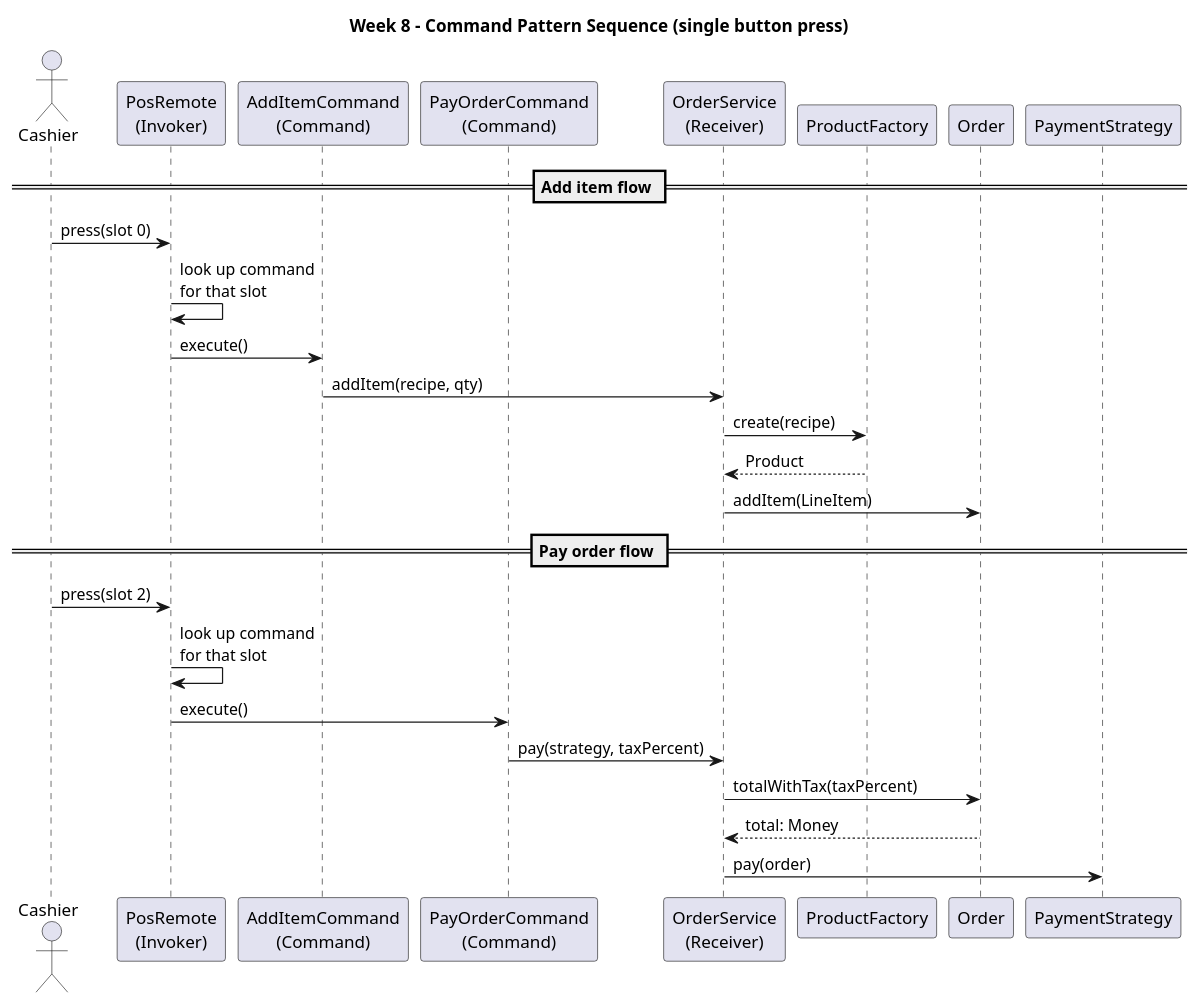
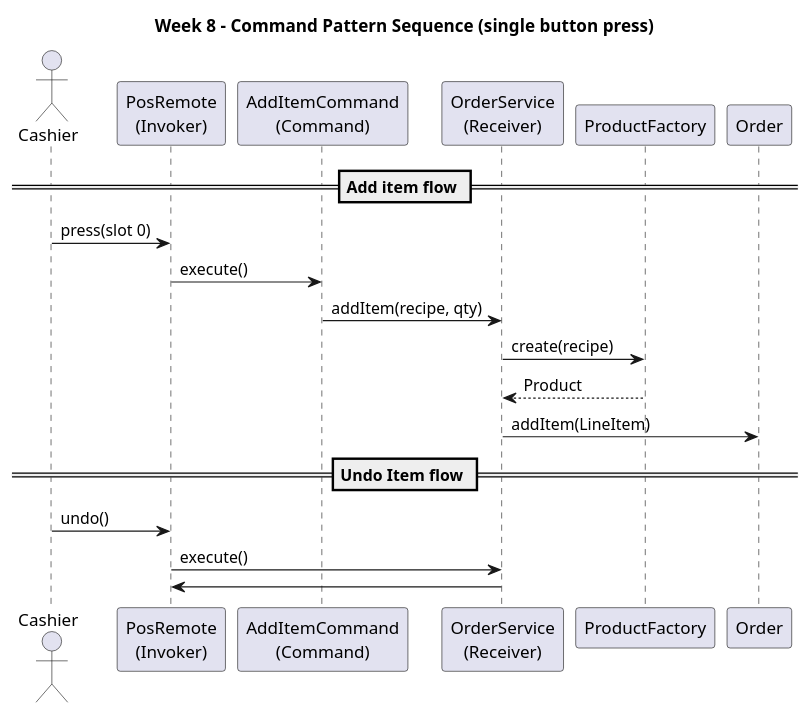
Before and after one commit to Kubbss/CS4928: the diagram in cafe-pos-week2/src/docs/SequenceWeek8.puml, drawn with PlantUML.

Commit message:
Update sequence diagram

```diff
--- a/cafe-pos-week2/src/docs/SequenceWeek8.puml
+++ b/cafe-pos-week2/src/docs/SequenceWeek8.puml
@@ -1,40 +1,33 @@
 @startuml
 title Week 8 – Command Pattern Sequence (single button press)
 
 /' Actor and invoker '/
 actor Cashier
 participant "PosRemote\n(Invoker)" as PosRemote
 
 /' Concrete commands '/
 participant "AddItemCommand\n(Command)" as AddItemCmd
-participant "PayOrderCommand\n(Command)" as PayOrderCmd
 
 /' Receiver and domain collaborators '/
 participant "OrderService\n(Receiver)" as Service
 participant "ProductFactory" as Factory
 participant "Order" as OrderDom
-participant "PaymentStrategy" as PaymentStrategy
 
 == Add item flow ==
 
 Cashier -> PosRemote: press(slot 0)
-PosRemote -> PosRemote: look up command\nfor that slot
 PosRemote -> AddItemCmd: execute()
 
 AddItemCmd -> Service: addItem(recipe, qty)
 Service -> Factory: create(recipe)
 Factory --> Service: Product
 Service -> OrderDom: addItem(LineItem)
 
-== Pay order flow ==
+== Undo Item flow ==
 
-Cashier -> PosRemote: press(slot 2)
-PosRemote -> PosRemote: look up command\nfor that slot
-PosRemote -> PayOrderCmd: execute()
+Cashier -> PosRemote: undo()
+PosRemote -> Service : execute()
+Service -> PosRemote
 
-PayOrderCmd -> Service: pay(strategy, taxPercent)
-Service -> OrderDom: totalWithTax(taxPercent)
-OrderDom --> Service: total: Money
-Service -> PaymentStrategy: pay(order)
 
 @enduml
```
